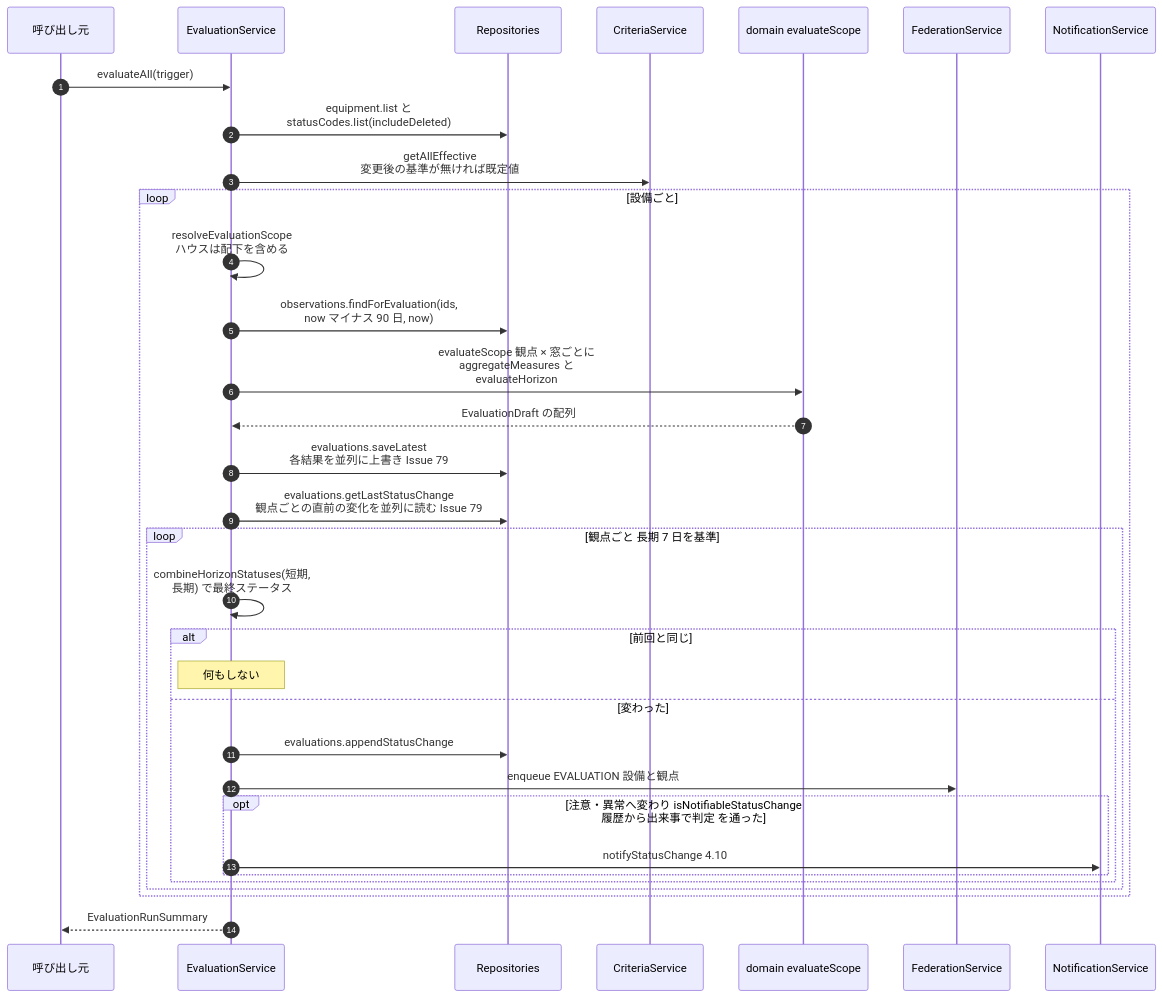
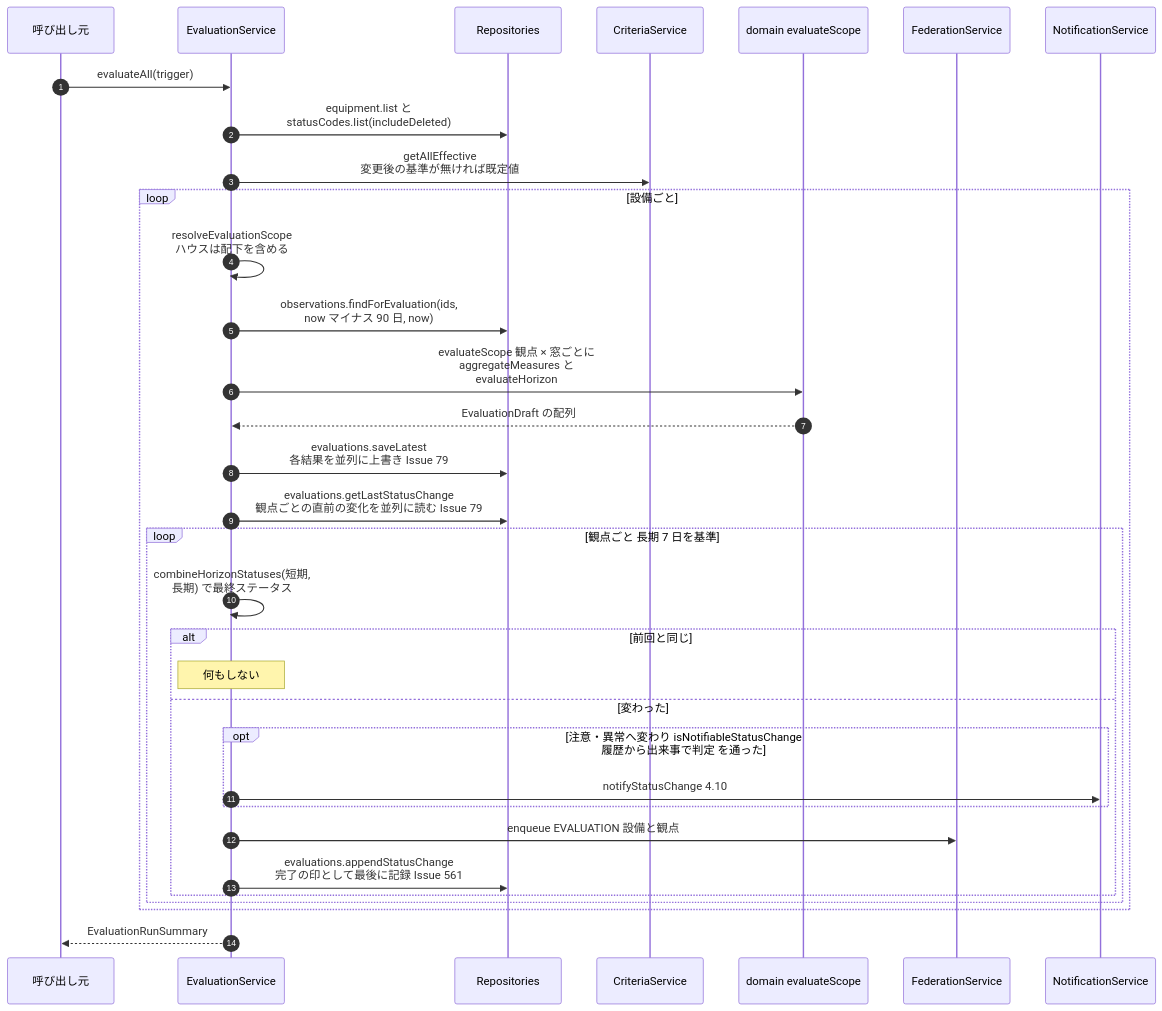
One commit to NS-APU/smart-farm-monitoring changed diagram 15 of 47 in docs/10_design/architecture/as-built.md. Above: the diagram before and after it, drawn with Mermaid. The commit also changed other lines of this file and 5 other files, not shown here.

````diff
--- a/docs/10_design/architecture/as-built.md
+++ b/docs/10_design/architecture/as-built.md
@@ -1346,36 +1346,36 @@
 ```mermaid
 sequenceDiagram
   autonumber
   participant C as 呼び出し元
   participant EV as EvaluationService
   participant REP as Repositories
   participant CS as CriteriaService
   participant DOM as domain evaluateScope
   participant FS as FederationService
   participant NS as NotificationService
 
   C->>EV: evaluateAll(trigger)
   EV->>REP: equipment.list と<br>statusCodes.list(includeDeleted)
   EV->>CS: getAllEffective<br>変更後の基準が無ければ既定値
   loop 設備ごと
     EV->>EV: resolveEvaluationScope<br>ハウスは配下を含める
     EV->>REP: observations.findForEvaluation(ids,<br>now マイナス 90 日, now)
     EV->>DOM: evaluateScope 観点 × 窓ごとに<br>aggregateMeasures と<br>evaluateHorizon
     DOM-->>EV: EvaluationDraft の配列
     EV->>REP: evaluations.saveLatest<br>各結果を並列に上書き Issue 79
     EV->>REP: evaluations.getLastStatusChange<br>観点ごとの直前の変化を並列に読む Issue 79
     loop 観点ごと 長期 7 日を基準
       EV->>EV: combineHorizonStatuses(短期,<br>長期) で最終ステータス
       alt 前回と同じ
         Note over EV: 何もしない
       else 変わった
-        EV->>REP: evaluations.appendStatusChange
-        EV->>FS: enqueue EVALUATION 設備と観点
         opt 注意・異常へ変わり isNotifiableStatusChange<br>履歴から出来事で判定 を通った
           EV->>NS: notifyStatusChange 4.10
         end
+        EV->>FS: enqueue EVALUATION 設備と観点
+        EV->>REP: evaluations.appendStatusChange<br>完了の印として最後に記録 Issue 561
       end
     end
   end
   EV-->>C: EvaluationRunSummary
 ```
````
